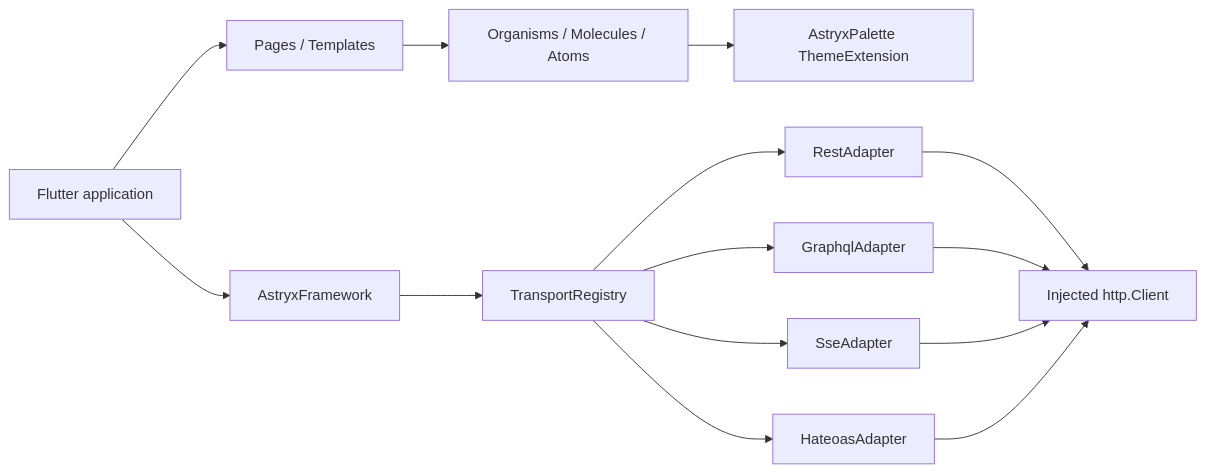
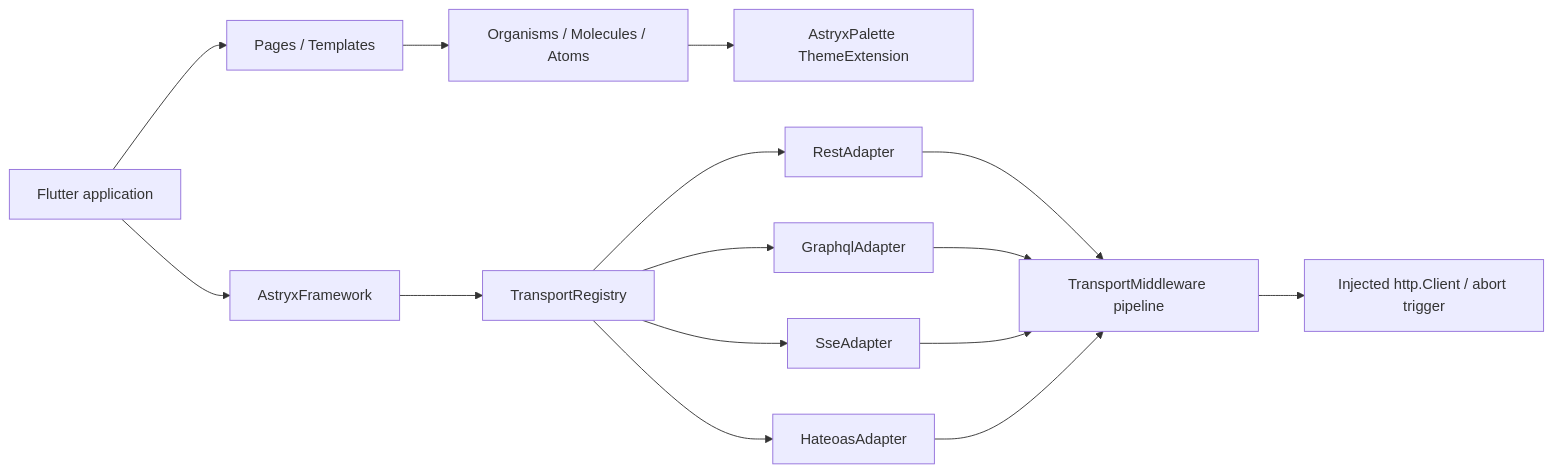
One commit to kimsemi-home/astryx_flutter changed the diagram in doc/architecture.md. Above: the diagram before and after it, drawn with Mermaid. The commit also changed other lines of this file and 20 other files, not shown here.

````diff
--- a/doc/architecture.md
+++ b/doc/architecture.md
@@ -7,16 +7,17 @@
 ```mermaid
 flowchart LR
     App["Flutter application"] --> Page["Pages / Templates"]
     Page --> UI["Organisms / Molecules / Atoms"]
     UI --> Theme["AstryxPalette ThemeExtension"]
     App --> Runtime["AstryxFramework"]
     Runtime --> Registry["TransportRegistry"]
     Registry --> REST["RestAdapter"]
     Registry --> GQL["GraphqlAdapter"]
     Registry --> SSE["SseAdapter"]
     Registry --> HAL["HateoasAdapter"]
-    REST --> HTTP["Injected http.Client"]
-    GQL --> HTTP
-    SSE --> HTTP
-    HAL --> HTTP
+    REST --> MW["TransportMiddleware pipeline"]
+    GQL --> MW
+    SSE --> MW
+    HAL --> MW
+    MW --> HTTP["Injected http.Client / abort trigger"]
 ```
````
